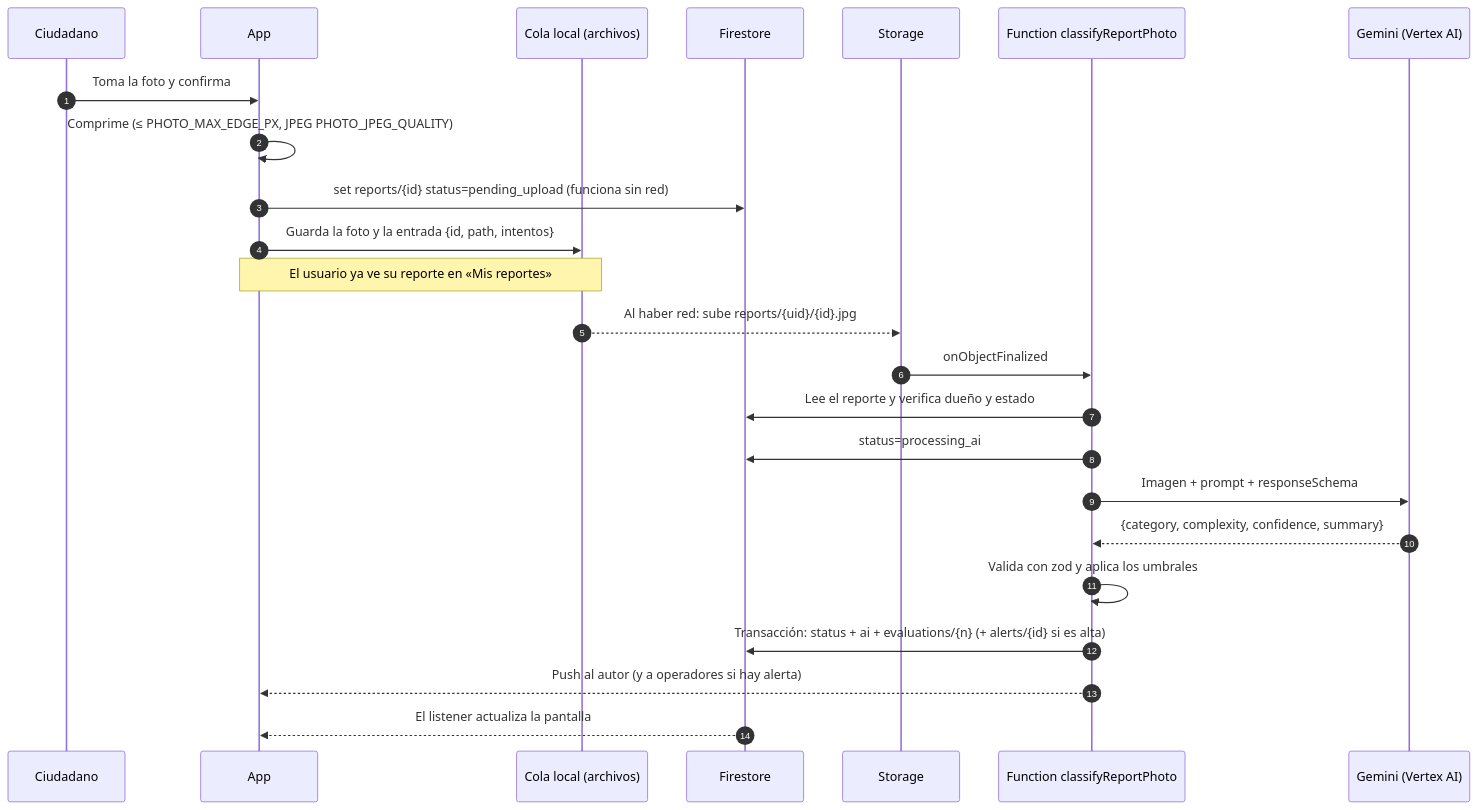
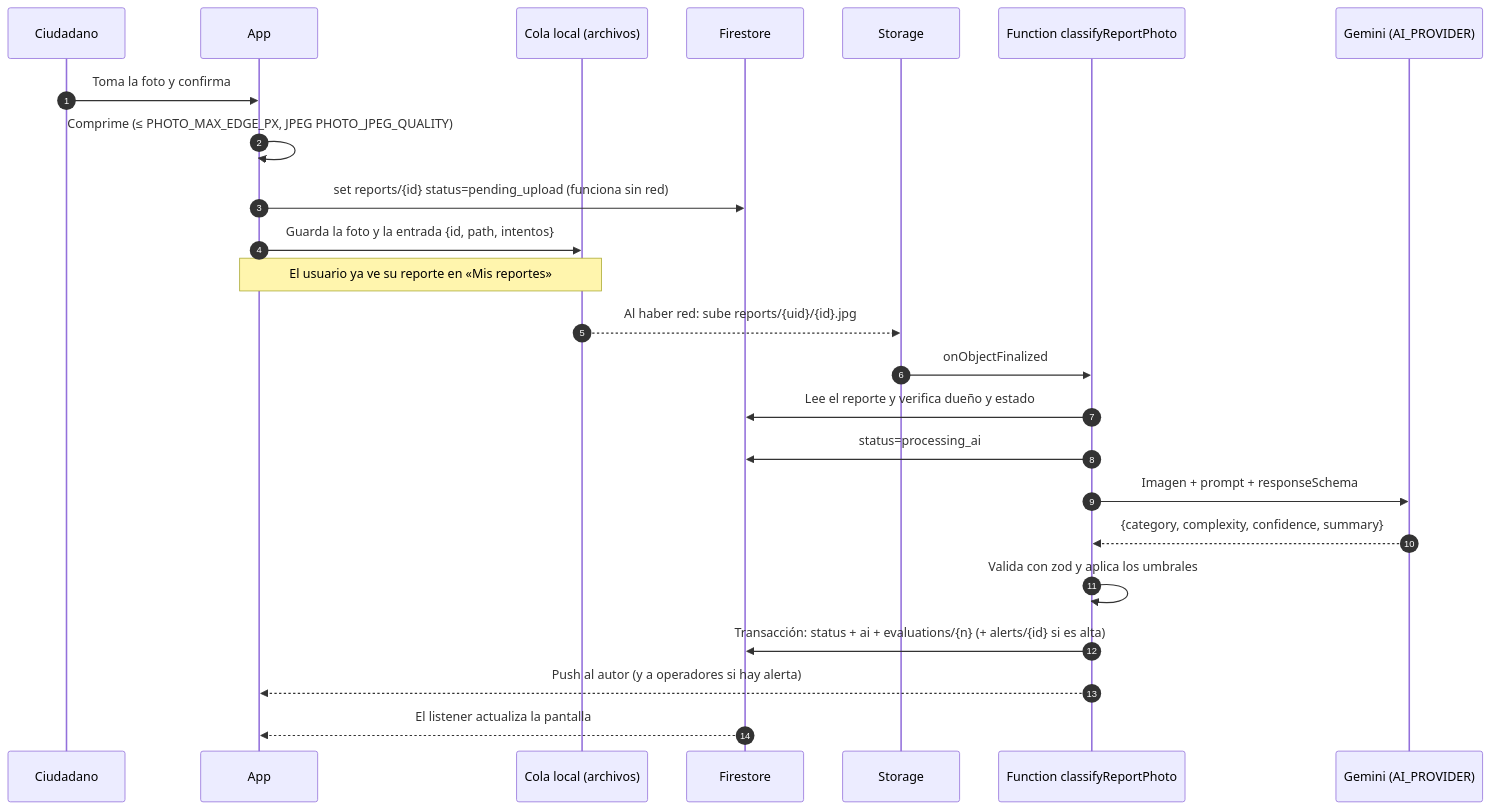
One commit to JulianCVM/ecoreporte changed the second of 3 diagrams in docs/02-arquitectura.md. Above: the diagram before and after it, drawn with Mermaid. The commit also changed other lines of this file and 11 other files, not shown here.

````diff
--- a/docs/02-arquitectura.md
+++ b/docs/02-arquitectura.md
@@ -31,26 +31,26 @@
 ```mermaid
 sequenceDiagram
   autonumber
   participant U as Ciudadano
   participant A as App
   participant Q as Cola local (archivos)
   participant F as Firestore
   participant S as Storage
   participant FN as Function classifyReportPhoto
-  participant G as Gemini (Vertex AI)
+  participant G as Gemini (AI_PROVIDER)
   U->>A: Toma la foto y confirma
   A->>A: Comprime (≤ PHOTO_MAX_EDGE_PX, JPEG PHOTO_JPEG_QUALITY)
   A->>F: set reports/{id} status=pending_upload (funciona sin red)
   A->>Q: Guarda la foto y la entrada {id, path, intentos}
   Note over A,Q: El usuario ya ve su reporte en «Mis reportes»
   Q-->>S: Al haber red: sube reports/{uid}/{id}.jpg
   S->>FN: onObjectFinalized
   FN->>F: Lee el reporte y verifica dueño y estado
   FN->>F: status=processing_ai
   FN->>G: Imagen + prompt + responseSchema
   G-->>FN: {category, complexity, confidence, summary}
   FN->>FN: Valida con zod y aplica los umbrales
   FN->>F: Transacción: status + ai + evaluations/{n} (+ alerts/{id} si es alta)
   FN-->>A: Push al autor (y a operadores si hay alerta)
   F-->>A: El listener actualiza la pantalla
 ```
````
